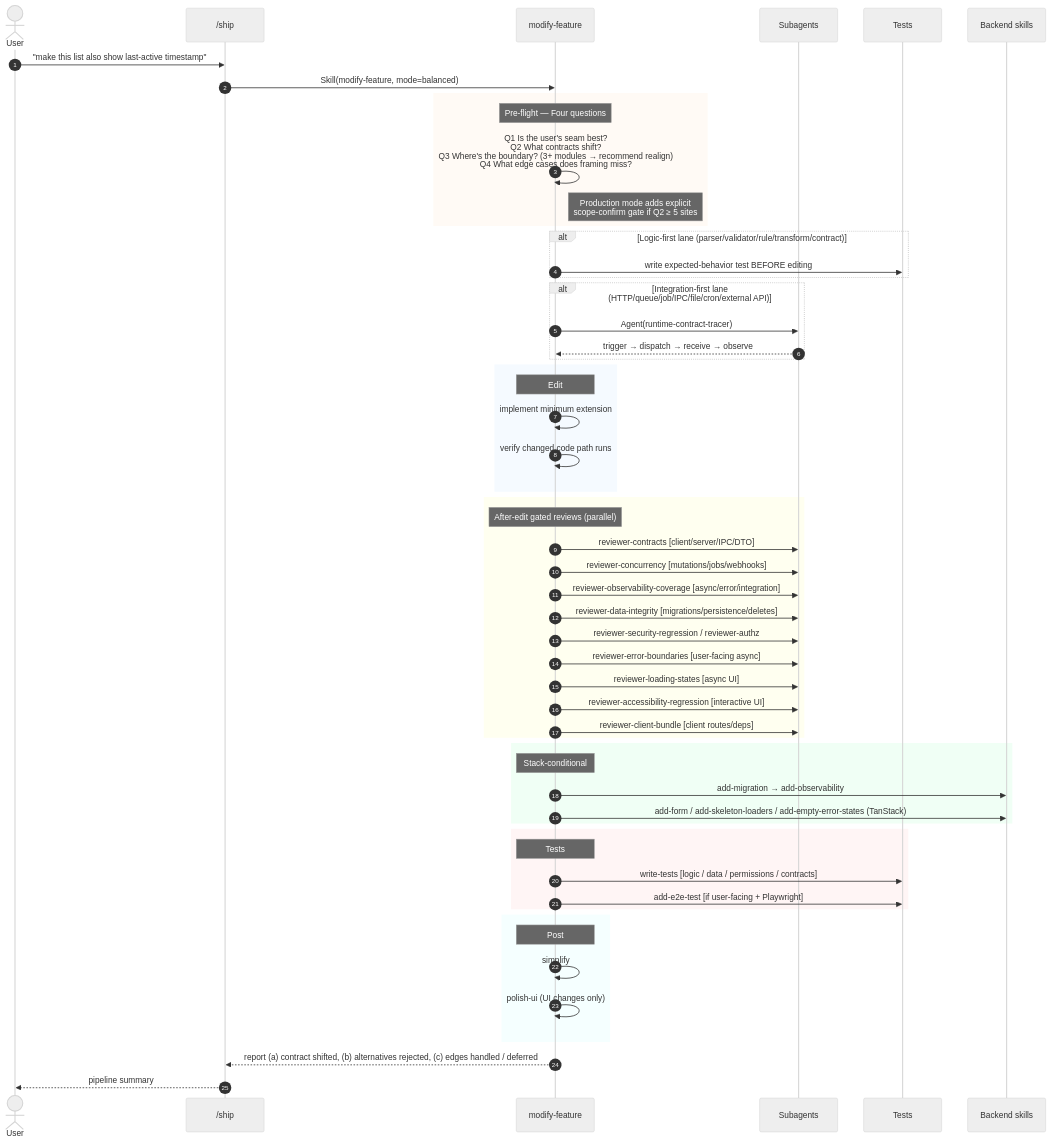
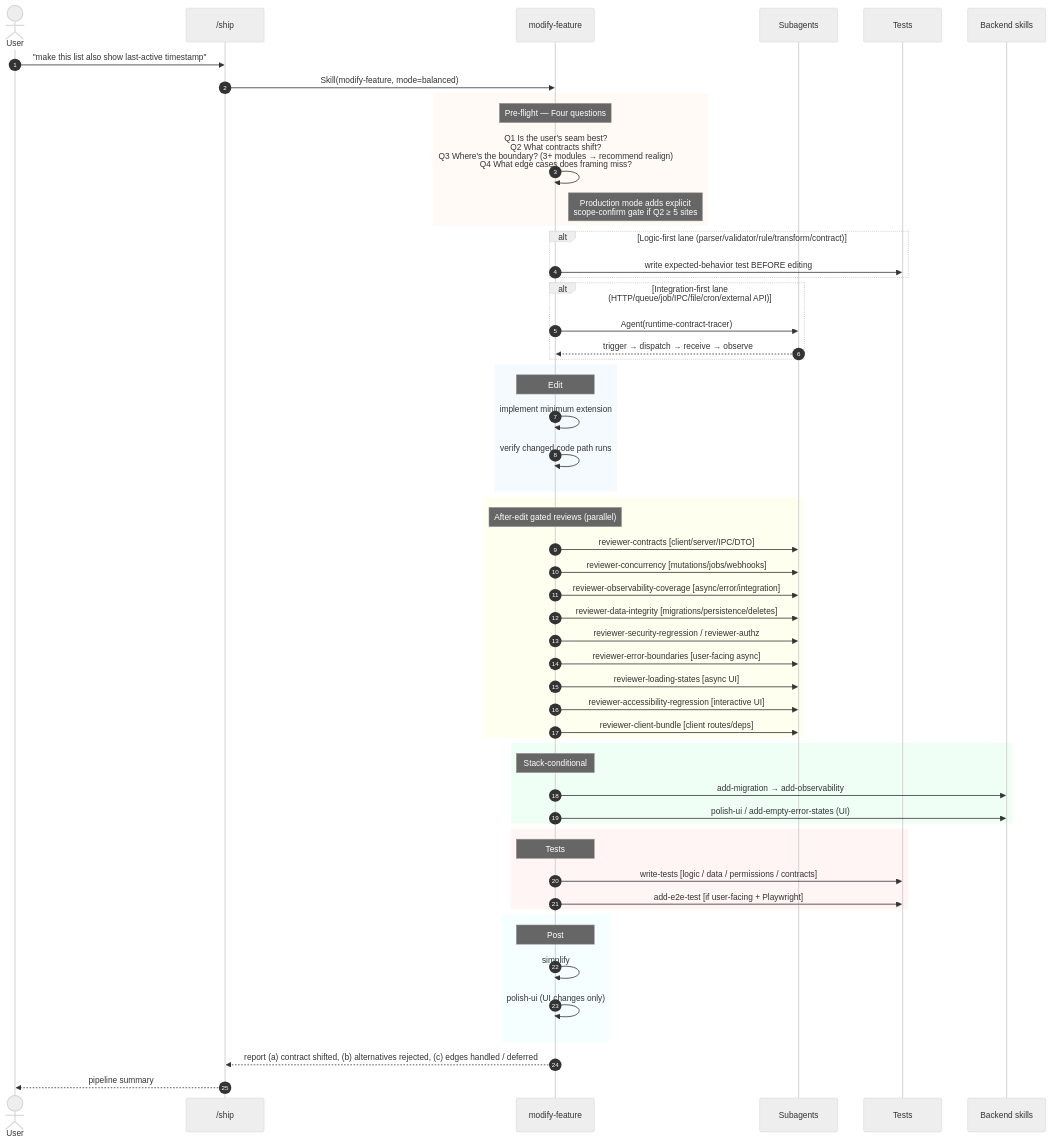
One commit to AgentSystemLabs/core changed the third of 9 diagrams in docs/ship-diagrams.md. Above: the diagram before and after it, drawn with Mermaid (neutral theme). The commit also changed other lines of this file and 75 other files, not shown here.

````diff
--- a/docs/ship-diagrams.md
+++ b/docs/ship-diagrams.md
@@ -191,68 +190,68 @@
 ```mermaid
 sequenceDiagram
     autonumber
     actor U as User
     participant Ship as /ship
     participant MF as modify-feature
     participant Sub as Subagents
     participant Tests as Tests
     participant Backend as Backend skills
 
     U->>Ship: "make this list also show last-active timestamp"
     Ship->>MF: Skill(modify-feature, mode=balanced)
 
     rect rgb(255,250,245)
     Note over MF: Pre-flight — Four questions
     MF->>MF: Q1 Is the user's seam best?<br/>Q2 What contracts shift?<br/>Q3 Where's the boundary? (3+ modules → recommend realign)<br/>Q4 What edge cases does framing miss?
     Note right of MF: Production mode adds explicit<br/>scope-confirm gate if Q2 ≥ 5 sites
     end
 
     alt Logic-first lane (parser/validator/rule/transform/contract)
         MF->>Tests: write expected-behavior test BEFORE editing
     end
 
     alt Integration-first lane (HTTP/queue/job/IPC/file/cron/external API)
         MF->>Sub: Agent(runtime-contract-tracer)
         Sub-->>MF: trigger → dispatch → receive → observe
     end
 
     rect rgb(245,250,255)
     Note over MF: Edit
     MF->>MF: implement minimum extension
     MF->>MF: verify changed code path runs
     end
 
     rect rgb(255,255,240)
     Note over MF: After-edit gated reviews (parallel)
     MF->>Sub: reviewer-contracts [client/server/IPC/DTO]
     MF->>Sub: reviewer-concurrency [mutations/jobs/webhooks]
     MF->>Sub: reviewer-observability-coverage [async/error/integration]
     MF->>Sub: reviewer-data-integrity [migrations/persistence/deletes]
     MF->>Sub: reviewer-security-regression / reviewer-authz
     MF->>Sub: reviewer-error-boundaries [user-facing async]
     MF->>Sub: reviewer-loading-states [async UI]
     MF->>Sub: reviewer-accessibility-regression [interactive UI]
     MF->>Sub: reviewer-client-bundle [client routes/deps]
     end
 
     rect rgb(240,255,245)
     Note over MF: Stack-conditional
     MF->>Backend: add-migration → add-observability
-    MF->>Backend: add-form / add-skeleton-loaders / add-empty-error-states (TanStack)
+    MF->>Backend: polish-ui / add-empty-error-states (UI)
     end
 
     rect rgb(255,245,245)
     Note over MF: Tests
     MF->>Tests: write-tests [logic / data / permissions / contracts]
     MF->>Tests: add-e2e-test [if user-facing + Playwright]
     end
 
     rect rgb(245,255,255)
     Note over MF: Post
     MF->>MF: simplify
     MF->>MF: polish-ui (UI changes only)
     end
 
     MF-->>Ship: report (a) contract shifted, (b) alternatives rejected, (c) edges handled / deferred
     Ship-->>U: pipeline summary
 ```
````
